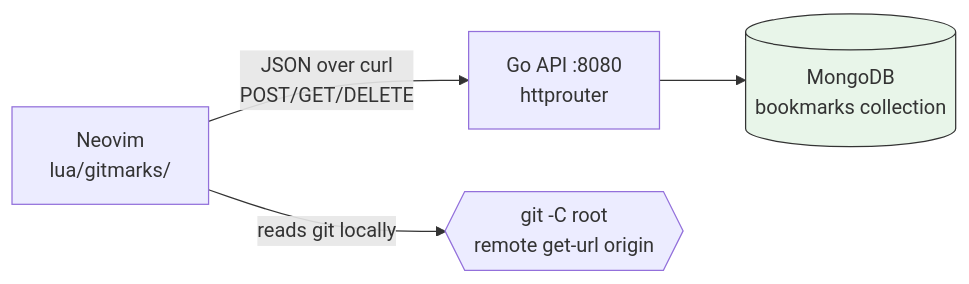
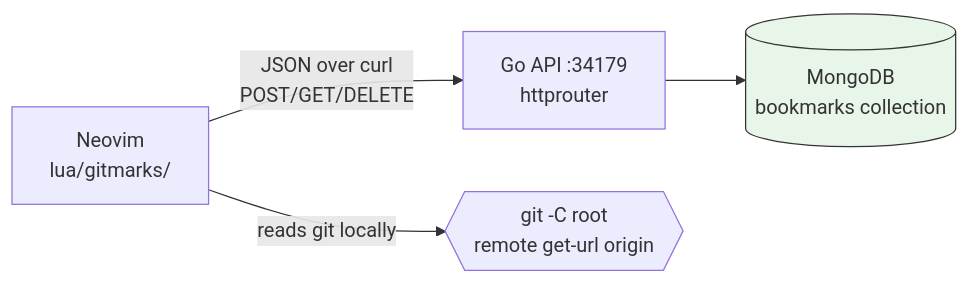
The first of 3 diagrams in README.md (SplinterSword/gitmarks), drawn with Mermaid before and after one commit. The commit also changed other lines of this file and 9 other files, not shown here.

````diff
--- a/README.md
+++ b/README.md
@@ -38,7 +142,7 @@
 ```mermaid
 flowchart LR
-  A[Neovim<br/>lua/gitmarks/] -- "JSON over curl<br/>POST/GET/DELETE" --> B[Go API :8080<br/>httprouter]
+  A[Neovim<br/>lua/gitmarks/] -- "JSON over curl<br/>POST/GET/DELETE" --> B[Go API :34179<br/>httprouter]
   B --> C[(MongoDB<br/>bookmarks collection)]
   A -- "reads git locally" --> D{{"git -C root<br/>remote get-url origin"}}
   style C fill:#e8f5e9,stroke:#333
 ```
````
